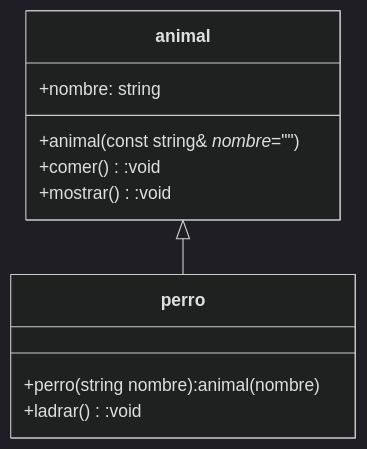
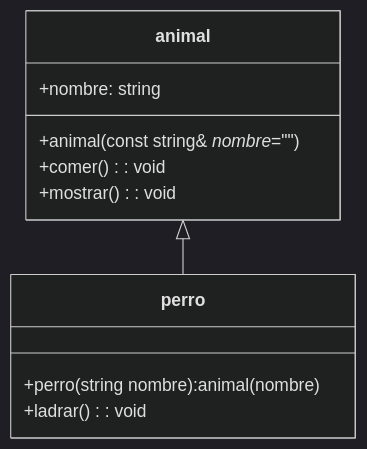
The diagram in Soluciones-Herencia-Emiliano-Montalvo-A00574526/Ejercicio1HDiagrama.md (EmiMon-456/SobrecargaC), drawn with Mermaid (dark theme) before and after one commit. The commit also changed 3 other files, not shown here.

Commit message:
Fix method declaration syntax in Ejercicio1H and Ejercicio2H class diagrams

````diff
--- a/Soluciones-Herencia-Emiliano-Montalvo-A00574526/Ejercicio1HDiagrama.md
+++ b/Soluciones-Herencia-Emiliano-Montalvo-A00574526/Ejercicio1HDiagrama.md
@@ -1,23 +1,23 @@
 ```mermaid
 classDiagram
     %% Definición de clases
     
     class animal {
         +animal(const string& _nombre_="")
         +nombre: string
-        +comer():void
-        +mostrar():void
+        +comer(): void
+        +mostrar(): void
 
     }
     class perro{
         +perro(string nombre):animal(nombre)
-        +ladrar():void
+        +ladrar(): void
     }
 
     
 
     %% Relaciones
     animal <|-- perro
     
 
 ```
````
